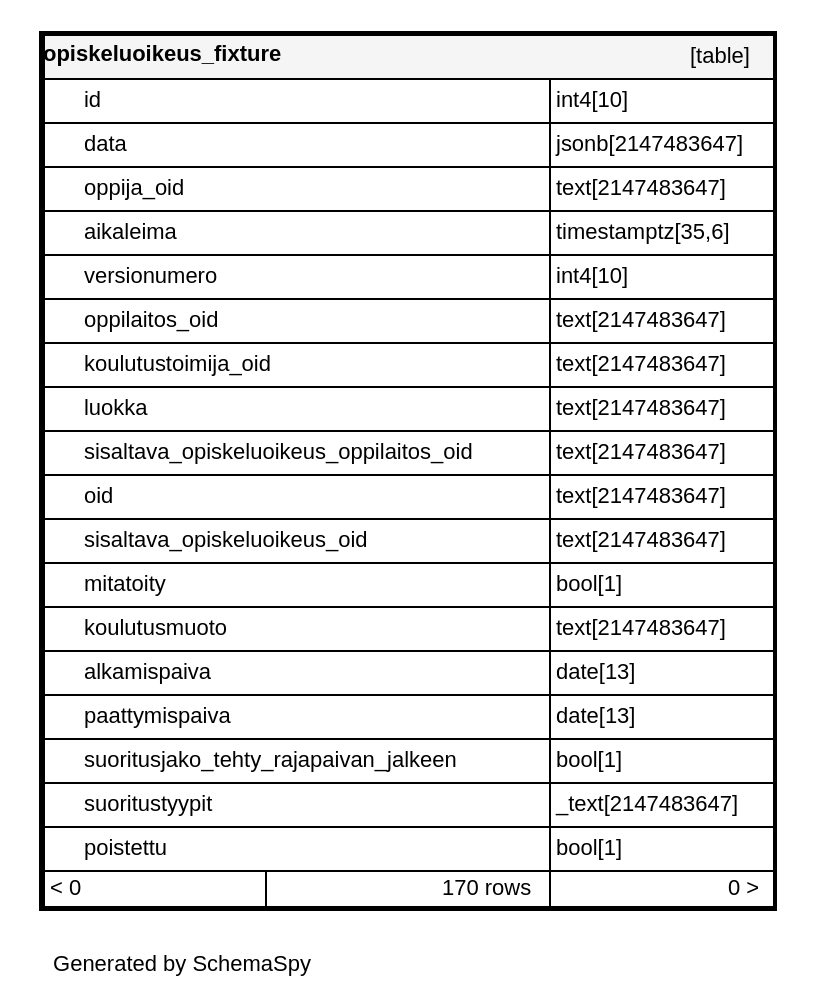
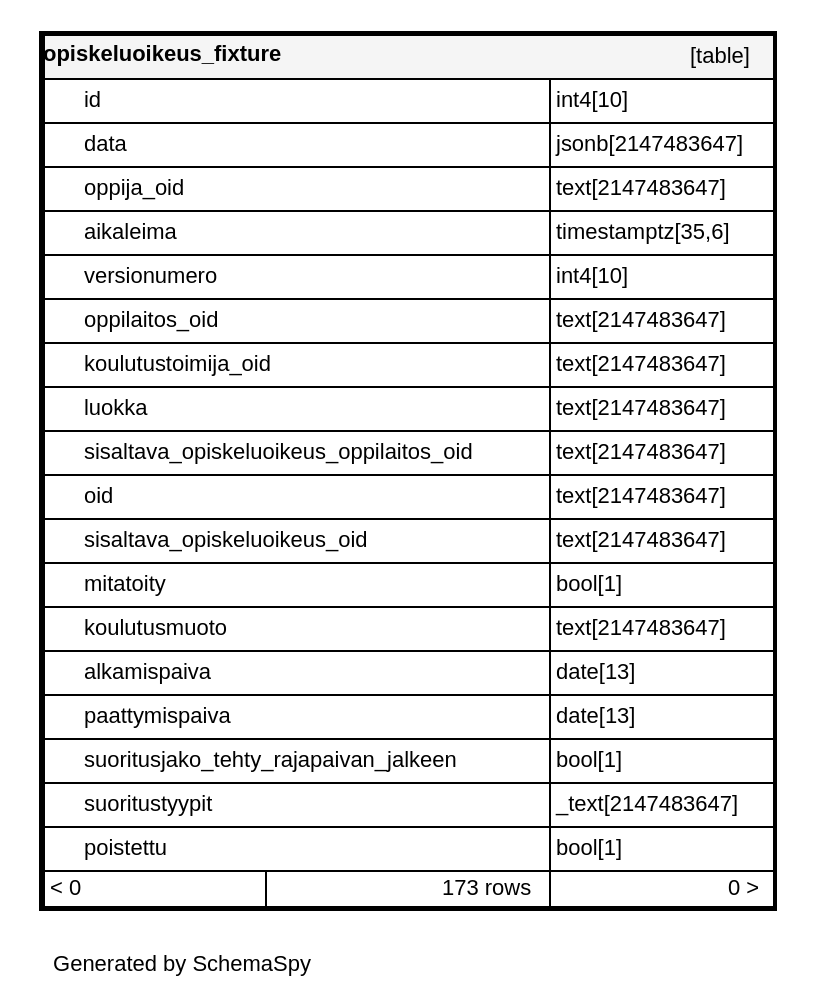
Before and after one commit to Opetushallitus/koski: the diagram in documentation/tietokantaskeemat/koski/diagrams/tables/opiskeluoikeus_fixture.1degree.dot, drawn with Graphviz. The commit also changed 93 other files, not shown here.

```diff
--- a/documentation/tietokantaskeemat/koski/diagrams/tables/opiskeluoikeus_fixture.1degree.dot
+++ b/documentation/tietokantaskeemat/koski/diagrams/tables/opiskeluoikeus_fixture.1degree.dot
@@ -1,31 +1,31 @@
 digraph "oneDegreeRelationshipsDiagram" {
   graph [    rankdir="RL"    bgcolor="#ffffff"    label="\nGenerated by SchemaSpy"    labeljust="l"    nodesep="0.18"    ranksep="0.46"    fontname="Helvetica"    fontsize="11"    ration="compress"  ];  node [    fontname="Helvetica"    fontsize="11"    shape="plaintext"  ];  edge [    arrowsize="0.8"  ];
   "opiskeluoikeus_fixture" [
    label=<
     <TABLE BORDER="2" CELLBORDER="1" CELLSPACING="0" BGCOLOR="#ffffff">
       <TR><TD COLSPAN="4"  BGCOLOR="#f5f5f5"><TABLE BORDER="0" CELLSPACING="0"><TR><TD ALIGN="LEFT" FIXEDSIZE="TRUE" WIDTH="130" HEIGHT="16"><B>opiskeluoikeus_fixture</B></TD><TD ALIGN="RIGHT">[table]</TD></TR></TABLE></TD></TR>
       <TR><TD PORT="id" COLSPAN="2" ALIGN="LEFT"><TABLE BORDER="0" CELLSPACING="0" ALIGN="LEFT"><TR ALIGN="LEFT"><TD ALIGN="LEFT" FIXEDSIZE="TRUE" WIDTH="15" HEIGHT="16"></TD><TD ALIGN="LEFT" FIXEDSIZE="TRUE" WIDTH="232" HEIGHT="16">id</TD></TR></TABLE></TD><TD PORT="id.type" ALIGN="LEFT">int4[10]</TD></TR>
       <TR><TD PORT="data" COLSPAN="2" ALIGN="LEFT"><TABLE BORDER="0" CELLSPACING="0" ALIGN="LEFT"><TR ALIGN="LEFT"><TD ALIGN="LEFT" FIXEDSIZE="TRUE" WIDTH="15" HEIGHT="16"></TD><TD ALIGN="LEFT" FIXEDSIZE="TRUE" WIDTH="232" HEIGHT="16">data</TD></TR></TABLE></TD><TD PORT="data.type" ALIGN="LEFT">jsonb[2147483647]</TD></TR>
       <TR><TD PORT="oppija_oid" COLSPAN="2" ALIGN="LEFT"><TABLE BORDER="0" CELLSPACING="0" ALIGN="LEFT"><TR ALIGN="LEFT"><TD ALIGN="LEFT" FIXEDSIZE="TRUE" WIDTH="15" HEIGHT="16"></TD><TD ALIGN="LEFT" FIXEDSIZE="TRUE" WIDTH="232" HEIGHT="16">oppija_oid</TD></TR></TABLE></TD><TD PORT="oppija_oid.type" ALIGN="LEFT">text[2147483647]</TD></TR>
       <TR><TD PORT="aikaleima" COLSPAN="2" ALIGN="LEFT"><TABLE BORDER="0" CELLSPACING="0" ALIGN="LEFT"><TR ALIGN="LEFT"><TD ALIGN="LEFT" FIXEDSIZE="TRUE" WIDTH="15" HEIGHT="16"></TD><TD ALIGN="LEFT" FIXEDSIZE="TRUE" WIDTH="232" HEIGHT="16">aikaleima</TD></TR></TABLE></TD><TD PORT="aikaleima.type" ALIGN="LEFT">timestamptz[35,6]</TD></TR>
       <TR><TD PORT="versionumero" COLSPAN="2" ALIGN="LEFT"><TABLE BORDER="0" CELLSPACING="0" ALIGN="LEFT"><TR ALIGN="LEFT"><TD ALIGN="LEFT" FIXEDSIZE="TRUE" WIDTH="15" HEIGHT="16"></TD><TD ALIGN="LEFT" FIXEDSIZE="TRUE" WIDTH="232" HEIGHT="16">versionumero</TD></TR></TABLE></TD><TD PORT="versionumero.type" ALIGN="LEFT">int4[10]</TD></TR>
       <TR><TD PORT="oppilaitos_oid" COLSPAN="2" ALIGN="LEFT"><TABLE BORDER="0" CELLSPACING="0" ALIGN="LEFT"><TR ALIGN="LEFT"><TD ALIGN="LEFT" FIXEDSIZE="TRUE" WIDTH="15" HEIGHT="16"></TD><TD ALIGN="LEFT" FIXEDSIZE="TRUE" WIDTH="232" HEIGHT="16">oppilaitos_oid</TD></TR></TABLE></TD><TD PORT="oppilaitos_oid.type" ALIGN="LEFT">text[2147483647]</TD></TR>
       <TR><TD PORT="koulutustoimija_oid" COLSPAN="2" ALIGN="LEFT"><TABLE BORDER="0" CELLSPACING="0" ALIGN="LEFT"><TR ALIGN="LEFT"><TD ALIGN="LEFT" FIXEDSIZE="TRUE" WIDTH="15" HEIGHT="16"></TD><TD ALIGN="LEFT" FIXEDSIZE="TRUE" WIDTH="232" HEIGHT="16">koulutustoimija_oid</TD></TR></TABLE></TD><TD PORT="koulutustoimija_oid.type" ALIGN="LEFT">text[2147483647]</TD></TR>
       <TR><TD PORT="luokka" COLSPAN="2" ALIGN="LEFT"><TABLE BORDER="0" CELLSPACING="0" ALIGN="LEFT"><TR ALIGN="LEFT"><TD ALIGN="LEFT" FIXEDSIZE="TRUE" WIDTH="15" HEIGHT="16"></TD><TD ALIGN="LEFT" FIXEDSIZE="TRUE" WIDTH="232" HEIGHT="16">luokka</TD></TR></TABLE></TD><TD PORT="luokka.type" ALIGN="LEFT">text[2147483647]</TD></TR>
       <TR><TD PORT="sisaltava_opiskeluoikeus_oppilaitos_oid" COLSPAN="2" ALIGN="LEFT"><TABLE BORDER="0" CELLSPACING="0" ALIGN="LEFT"><TR ALIGN="LEFT"><TD ALIGN="LEFT" FIXEDSIZE="TRUE" WIDTH="15" HEIGHT="16"></TD><TD ALIGN="LEFT" FIXEDSIZE="TRUE" WIDTH="232" HEIGHT="16">sisaltava_opiskeluoikeus_oppilaitos_oid</TD></TR></TABLE></TD><TD PORT="sisaltava_opiskeluoikeus_oppilaitos_oid.type" ALIGN="LEFT">text[2147483647]</TD></TR>
       <TR><TD PORT="oid" COLSPAN="2" ALIGN="LEFT"><TABLE BORDER="0" CELLSPACING="0" ALIGN="LEFT"><TR ALIGN="LEFT"><TD ALIGN="LEFT" FIXEDSIZE="TRUE" WIDTH="15" HEIGHT="16"></TD><TD ALIGN="LEFT" FIXEDSIZE="TRUE" WIDTH="232" HEIGHT="16">oid</TD></TR></TABLE></TD><TD PORT="oid.type" ALIGN="LEFT">text[2147483647]</TD></TR>
       <TR><TD PORT="sisaltava_opiskeluoikeus_oid" COLSPAN="2" ALIGN="LEFT"><TABLE BORDER="0" CELLSPACING="0" ALIGN="LEFT"><TR ALIGN="LEFT"><TD ALIGN="LEFT" FIXEDSIZE="TRUE" WIDTH="15" HEIGHT="16"></TD><TD ALIGN="LEFT" FIXEDSIZE="TRUE" WIDTH="232" HEIGHT="16">sisaltava_opiskeluoikeus_oid</TD></TR></TABLE></TD><TD PORT="sisaltava_opiskeluoikeus_oid.type" ALIGN="LEFT">text[2147483647]</TD></TR>
       <TR><TD PORT="mitatoity" COLSPAN="2" ALIGN="LEFT"><TABLE BORDER="0" CELLSPACING="0" ALIGN="LEFT"><TR ALIGN="LEFT"><TD ALIGN="LEFT" FIXEDSIZE="TRUE" WIDTH="15" HEIGHT="16"></TD><TD ALIGN="LEFT" FIXEDSIZE="TRUE" WIDTH="232" HEIGHT="16">mitatoity</TD></TR></TABLE></TD><TD PORT="mitatoity.type" ALIGN="LEFT">bool[1]</TD></TR>
       <TR><TD PORT="koulutusmuoto" COLSPAN="2" ALIGN="LEFT"><TABLE BORDER="0" CELLSPACING="0" ALIGN="LEFT"><TR ALIGN="LEFT"><TD ALIGN="LEFT" FIXEDSIZE="TRUE" WIDTH="15" HEIGHT="16"></TD><TD ALIGN="LEFT" FIXEDSIZE="TRUE" WIDTH="232" HEIGHT="16">koulutusmuoto</TD></TR></TABLE></TD><TD PORT="koulutusmuoto.type" ALIGN="LEFT">text[2147483647]</TD></TR>
       <TR><TD PORT="alkamispaiva" COLSPAN="2" ALIGN="LEFT"><TABLE BORDER="0" CELLSPACING="0" ALIGN="LEFT"><TR ALIGN="LEFT"><TD ALIGN="LEFT" FIXEDSIZE="TRUE" WIDTH="15" HEIGHT="16"></TD><TD ALIGN="LEFT" FIXEDSIZE="TRUE" WIDTH="232" HEIGHT="16">alkamispaiva</TD></TR></TABLE></TD><TD PORT="alkamispaiva.type" ALIGN="LEFT">date[13]</TD></TR>
       <TR><TD PORT="paattymispaiva" COLSPAN="2" ALIGN="LEFT"><TABLE BORDER="0" CELLSPACING="0" ALIGN="LEFT"><TR ALIGN="LEFT"><TD ALIGN="LEFT" FIXEDSIZE="TRUE" WIDTH="15" HEIGHT="16"></TD><TD ALIGN="LEFT" FIXEDSIZE="TRUE" WIDTH="232" HEIGHT="16">paattymispaiva</TD></TR></TABLE></TD><TD PORT="paattymispaiva.type" ALIGN="LEFT">date[13]</TD></TR>
       <TR><TD PORT="suoritusjako_tehty_rajapaivan_jalkeen" COLSPAN="2" ALIGN="LEFT"><TABLE BORDER="0" CELLSPACING="0" ALIGN="LEFT"><TR ALIGN="LEFT"><TD ALIGN="LEFT" FIXEDSIZE="TRUE" WIDTH="15" HEIGHT="16"></TD><TD ALIGN="LEFT" FIXEDSIZE="TRUE" WIDTH="232" HEIGHT="16">suoritusjako_tehty_rajapaivan_jalkeen</TD></TR></TABLE></TD><TD PORT="suoritusjako_tehty_rajapaivan_jalkeen.type" ALIGN="LEFT">bool[1]</TD></TR>
       <TR><TD PORT="suoritustyypit" COLSPAN="2" ALIGN="LEFT"><TABLE BORDER="0" CELLSPACING="0" ALIGN="LEFT"><TR ALIGN="LEFT"><TD ALIGN="LEFT" FIXEDSIZE="TRUE" WIDTH="15" HEIGHT="16"></TD><TD ALIGN="LEFT" FIXEDSIZE="TRUE" WIDTH="232" HEIGHT="16">suoritustyypit</TD></TR></TABLE></TD><TD PORT="suoritustyypit.type" ALIGN="LEFT">_text[2147483647]</TD></TR>
       <TR><TD PORT="poistettu" COLSPAN="2" ALIGN="LEFT"><TABLE BORDER="0" CELLSPACING="0" ALIGN="LEFT"><TR ALIGN="LEFT"><TD ALIGN="LEFT" FIXEDSIZE="TRUE" WIDTH="15" HEIGHT="16"></TD><TD ALIGN="LEFT" FIXEDSIZE="TRUE" WIDTH="232" HEIGHT="16">poistettu</TD></TR></TABLE></TD><TD PORT="poistettu.type" ALIGN="LEFT">bool[1]</TD></TR>
-      <TR><TD ALIGN="LEFT" BGCOLOR="#ffffff">&lt; 0</TD><TD ALIGN="RIGHT" BGCOLOR="#ffffff">170 rows</TD><TD ALIGN="RIGHT" BGCOLOR="#ffffff">0 &gt;</TD></TR>
+      <TR><TD ALIGN="LEFT" BGCOLOR="#ffffff">&lt; 0</TD><TD ALIGN="RIGHT" BGCOLOR="#ffffff">173 rows</TD><TD ALIGN="RIGHT" BGCOLOR="#ffffff">0 &gt;</TD></TR>
     </TABLE>>
     URL="../../tables/opiskeluoikeus_fixture.html"
     target="_top"
     tooltip="opiskeluoikeus_fixture"
   ];
 }
```
